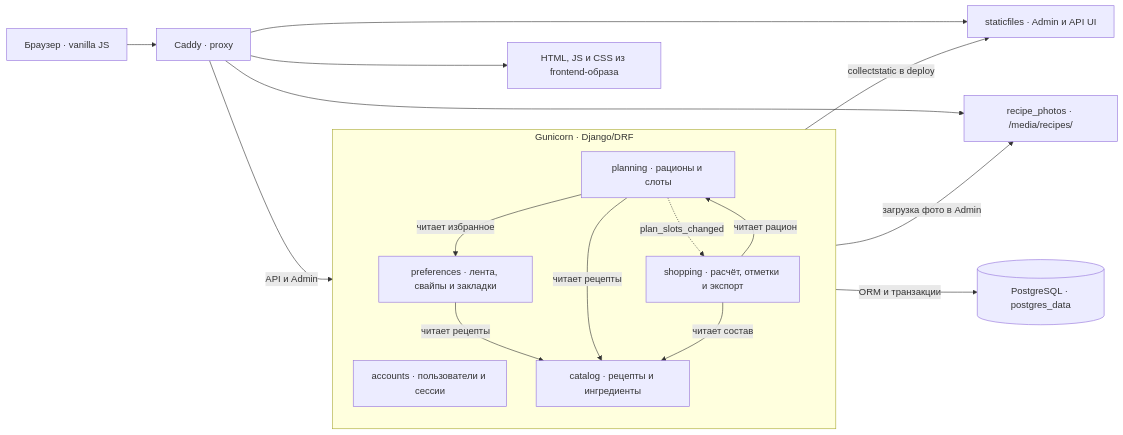
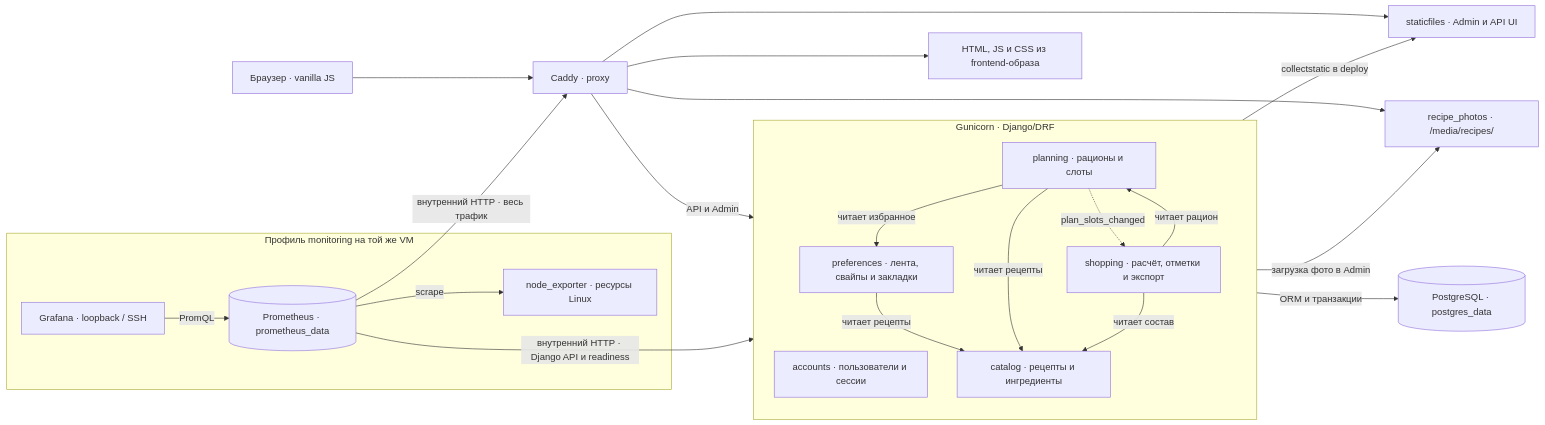
Before and after one commit to DeV0id13/food_tinder: the first of 2 diagrams in docs/architecture.md, drawn with Mermaid. The commit also changed 18 other files, not shown here.

````diff
--- a/docs/architecture.md
+++ b/docs/architecture.md
@@ -8,24 +8,33 @@
 ```mermaid
 flowchart LR
     browser["Браузер · vanilla JS"] --> caddy["Caddy · proxy"]
     caddy --> spa["HTML, JS и CSS из frontend-образа"]
     caddy --> static["staticfiles · Admin и API UI"]
     caddy --> media["recipe_photos · /media/recipes/"]
     caddy -->|"API и Admin"| django
     subgraph django["Gunicorn · Django/DRF"]
         accounts["accounts · пользователи и сессии"]
         catalog["catalog · рецепты и ингредиенты"]
         preferences["preferences · лента, свайпы и закладки"]
         planning["planning · рационы и слоты"]
         shopping["shopping · расчёт, отметки и экспорт"]
         preferences -->|"читает рецепты"| catalog
         planning -->|"читает избранное"| preferences
         planning -->|"читает рецепты"| catalog
         shopping -->|"читает рацион"| planning
         shopping -->|"читает состав"| catalog
         planning -.->|"plan_slots_changed"| shopping
     end
     django -->|"ORM и транзакции"| postgres[("PostgreSQL · postgres_data")]
     django -->|"collectstatic в deploy"| static
     django -->|"загрузка фото в Admin"| media
+    subgraph monitoring["Профиль monitoring на той же VM"]
+        node["node_exporter · ресурсы Linux"]
+        prom[("Prometheus · prometheus_data")]
+        graf["Grafana · loopback / SSH"]
+        prom -->|"scrape"| node
+        graf -->|"PromQL"| prom
+    end
+    prom -->|"внутренний HTTP · весь трафик"| caddy
+    prom -->|"внутренний HTTP · Django API и readiness"| django
 ```
````
